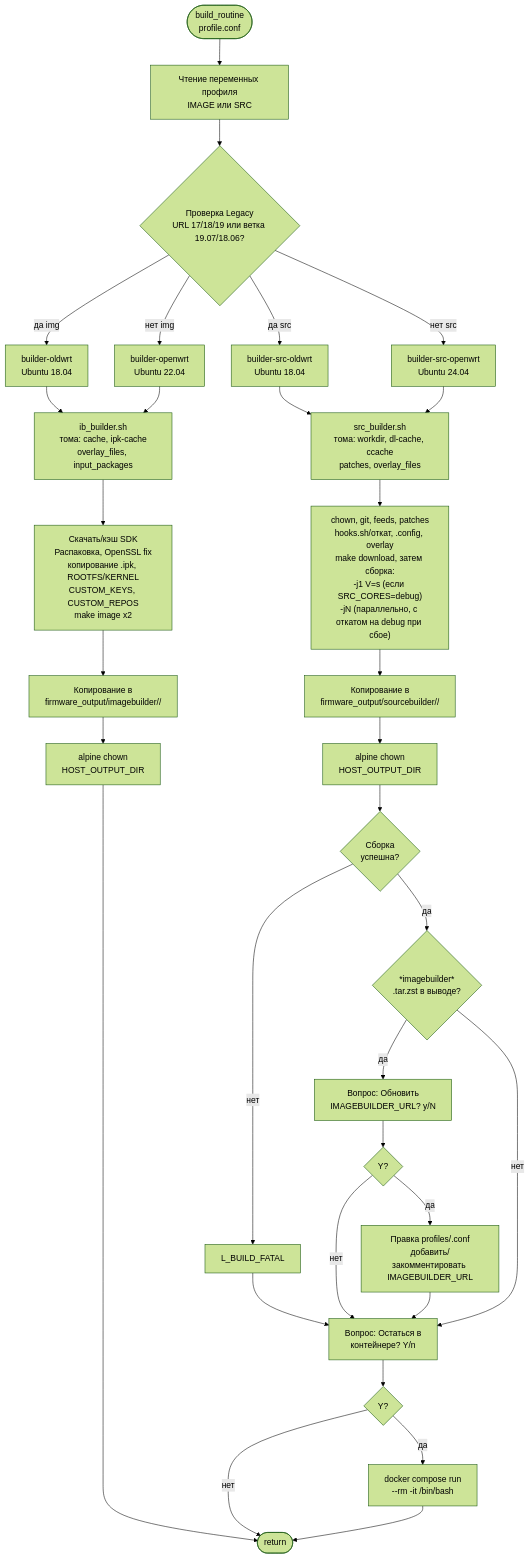
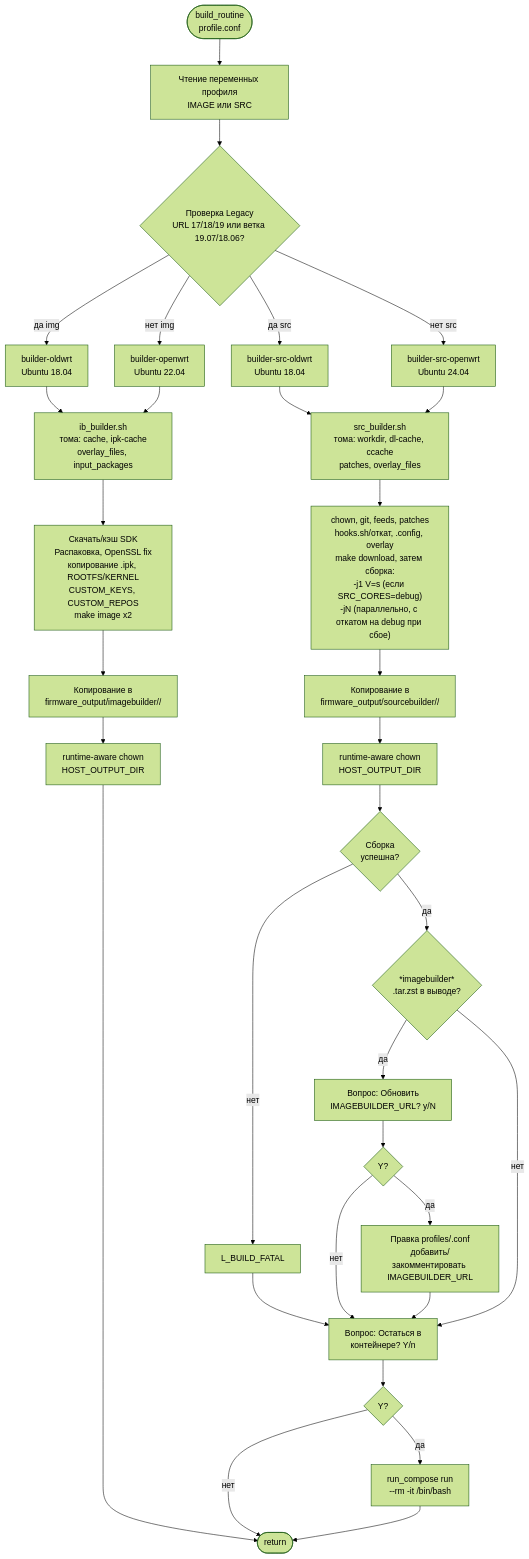
Before and after one commit to GJIUXAPb/routerFW: the sixth of 8 diagrams in docs/ARCHITECTURE_diagram_ru.md, drawn with Mermaid (forest theme). The commit also changed other lines of this file and 6 other files, not shown here.

First line of the commit message:
docs: update release and architecture docs for 4.70

````diff
--- a/docs/ARCHITECTURE_diagram_ru.md
+++ b/docs/ARCHITECTURE_diagram_ru.md
@@ -218,35 +220,35 @@
 ```mermaid
 flowchart TD
     BR([build_routine\nprofile.conf])
     BR --> READ_PROFILE["Чтение переменных профиля\nIMAGE или SRC"]
     READ_PROFILE --> LEGACY{"Проверка Legacy\nURL 17/18/19 или ветка 19.07/18.06?"}
     LEGACY --> |да img| OLD_IMG["builder-oldwrt\nUbuntu 18.04"]
     LEGACY --> |нет img| NEW_IMG["builder-openwrt\nUbuntu 22.04"]
     LEGACY --> |да src| OLD_SRC["builder-src-oldwrt\nUbuntu 18.04"]
     LEGACY --> |нет src| NEW_SRC["builder-src-openwrt\nUbuntu 24.04"]
 
     OLD_IMG & NEW_IMG --> IB["ib_builder.sh\nтома: cache, ipk-cache\noverlay_files, input_packages"]
     IB --> IB_STEPS["Скачать/кэш SDK\nРаспаковка, OpenSSL fix\nкопирование .ipk, ROOTFS/KERNEL\nCUSTOM_KEYS, CUSTOM_REPOS\nmake image x2"]
     IB_STEPS --> IB_OUT["Копирование в\nfirmware_output/imagebuilder/<id>/<ts>"]
-    IB_OUT --> IB_CHOWN["alpine chown\nHOST_OUTPUT_DIR"]
+    IB_OUT --> IB_CHOWN["runtime-aware chown\nHOST_OUTPUT_DIR"]
     IB_CHOWN --> BR_END([return])
 
     OLD_SRC & NEW_SRC --> SB["src_builder.sh\nтома: workdir, dl-cache, ccache\npatches, overlay_files"]
     SB --> SB_STEPS["chown, git, feeds, patches\nhooks.sh/откат, .config, overlay\nmake download, затем сборка:\n-j1 V=s (если SRC_CORES=debug)\n-jN (параллельно, с откатом на debug при сбое)"]
     SB_STEPS --> SB_OUT["Копирование в\nfirmware_output/sourcebuilder/<id>/<ts>"]
-    SB_OUT --> SB_CHOWN["alpine chown\nHOST_OUTPUT_DIR"]
+    SB_OUT --> SB_CHOWN["runtime-aware chown\nHOST_OUTPUT_DIR"]
     SB_CHOWN --> SB_OK{"Сборка\nуспешна?"}
     SB_OK --> |нет| SB_FATAL["L_BUILD_FATAL"]
     SB_FATAL --> SB_SHELL_Q2
     SB_OK --> |да| IB_TAR{"*imagebuilder*\n.tar.zst в выводе?"}
     IB_TAR --> |да| SB_Q1["Вопрос: Обновить\nIMAGEBUILDER_URL? y/N"]
     SB_Q1 --> SB_UPDATE{"Y?"}
     SB_UPDATE --> |да| SB_WRITE["Правка profiles/<id>.conf\nдобавить/закомментировать IMAGEBUILDER_URL"]
     SB_UPDATE --> |нет| SB_SHELL_Q2
     SB_WRITE --> SB_SHELL_Q2["Вопрос: Остаться в\nконтейнере? Y/n"]
     IB_TAR --> |нет| SB_SHELL_Q2
     SB_SHELL_Q2 --> SB_STAY{"Y?"}
-    SB_STAY --> |да| SB_RUN["docker compose run\n--rm -it /bin/bash"]
+    SB_STAY --> |да| SB_RUN["run_compose run\n--rm -it /bin/bash"]
     SB_STAY --> |нет| BR_END
     SB_RUN --> BR_END
 ```
````
